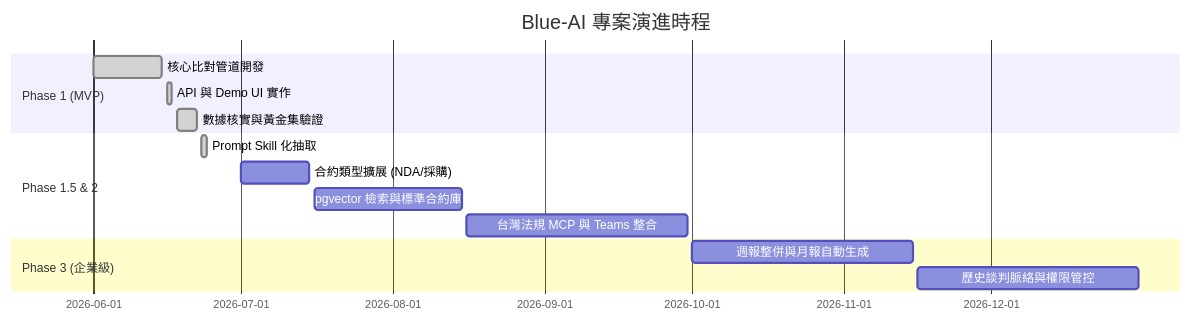
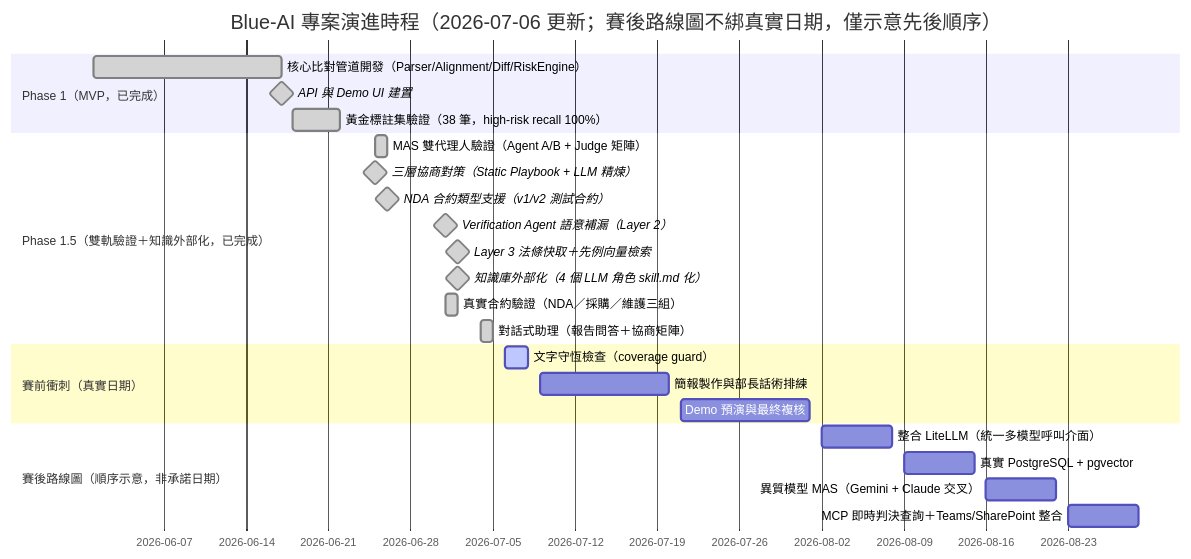
One commit to rock4andruw/blue_ai_contract changed the diagram in docs/週報與簡報_2026-06-22.md. Above: the diagram before and after it, drawn with Mermaid. The commit also changed other lines of this file and 46 other files, not shown here.

````diff
--- a/docs/週報與簡報_2026-06-22.md
+++ b/docs/週報與簡報_2026-06-22.md
@@ -210,17 +210,27 @@
 ```mermaid
 gantt
-    title Blue-AI 專案演進時程
+    title Blue-AI 專案演進時程（2026-07-06 更新；賽後路線圖不綁真實日期，僅示意先後順序）
     dateFormat  YYYY-MM-DD
-    section Phase 1 (MVP)
-    核心比對管道開發           :done, 2026-06-01, 2026-06-15
-    API 與 Demo UI 實作      :done, 2026-06-16, 2026-06-17
-    數據核實與黃金集驗證       :done, 2026-06-18, 2026-06-22
-    section Phase 1.5 & 2
-    Prompt Skill 化抽取       :done, 2026-06-23, 2026-06-24
-    合約類型擴展 (NDA/採購)    : 2026-07-01, 2026-07-15
-    pgvector 檢索與標準合約庫  : 2026-07-16, 2026-08-15
-    台灣法規 MCP 與 Teams 整合 : 2026-08-16, 2026-09-30
-    section Phase 3 (企業級)
-    週報整併與月報自動生成     : 2026-10-01, 2026-11-15
-    歷史談判脈絡與權限管控     : 2026-11-16, 2026-12-31
+    section Phase 1（MVP，已完成）
+    核心比對管道開發（Parser/Alignment/Diff/RiskEngine）:done, 2026-06-01, 2026-06-17
+    API 與 Demo UI 建置                                :milestone, done, 2026-06-17, 0d
+    黃金標註集驗證（38 筆，high-risk recall 100%）      :done, 2026-06-18, 2026-06-22
+    section Phase 1.5（雙軌驗證＋知識外部化，已完成）
+    MAS 雙代理人驗證（Agent A/B + Judge 矩陣）          :done, 2026-06-25, 2026-06-26
+    三層協商對策（Static Playbook + LLM 精煉）          :milestone, done, 2026-06-25, 0d
+    NDA 合約類型支援（v1/v2 測試合約）                  :milestone, done, 2026-06-26, 0d
+    Verification Agent 語意補漏（Layer 2）              :milestone, done, 2026-07-01, 0d
+    Layer 3 法條快取＋先例向量檢索                      :milestone, done, 2026-07-02, 0d
+    知識庫外部化（4 個 LLM 角色 skill.md 化）            :milestone, done, 2026-07-02, 0d
+    真實合約驗證（NDA／採購／維護三組）                  :done, 2026-07-01, 2026-07-02
+    對話式助理（報告問答＋協商矩陣）                    :done, 2026-07-04, 2026-07-05
+    section 賽前衝刺（真實日期）
+    文字守恆檢查（coverage guard）                      :active, 2026-07-06, 2026-07-08
+    簡報製作與部長話術排練                              :2026-07-09, 2026-07-20
+    Demo 預演與最終複核                                 :2026-07-21, 2026-08-01
+    section 賽後路線圖（順序示意，非承諾日期）
+    整合 LiteLLM（統一多模型呼叫介面）                  :2026-08-02, 2026-08-08
+    真實 PostgreSQL + pgvector                          :2026-08-09, 2026-08-15
+    異質模型 MAS（Gemini + Claude 交叉）                :2026-08-16, 2026-08-22
+    MCP 即時判決查詢＋Teams/SharePoint 整合             :2026-08-23, 2026-08-29
 ```
````
